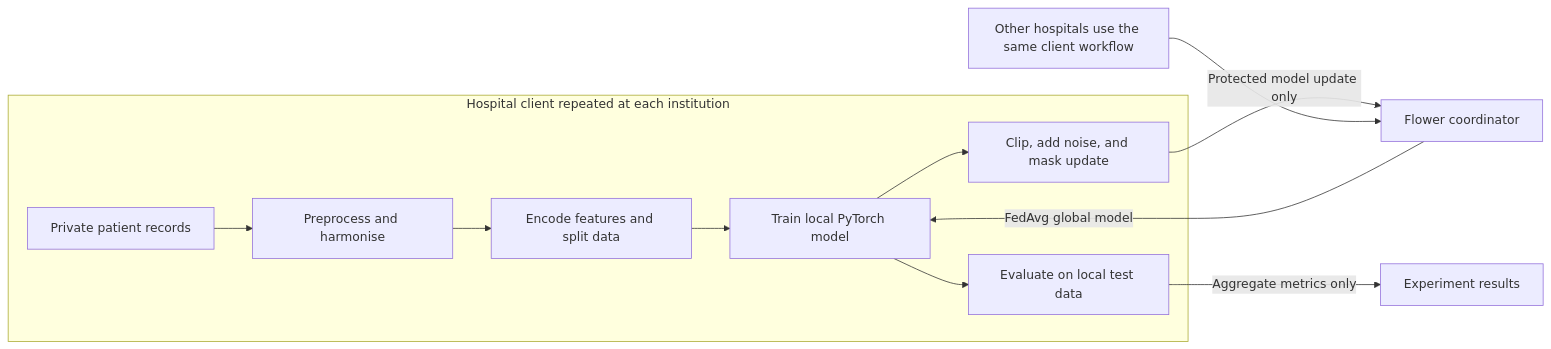
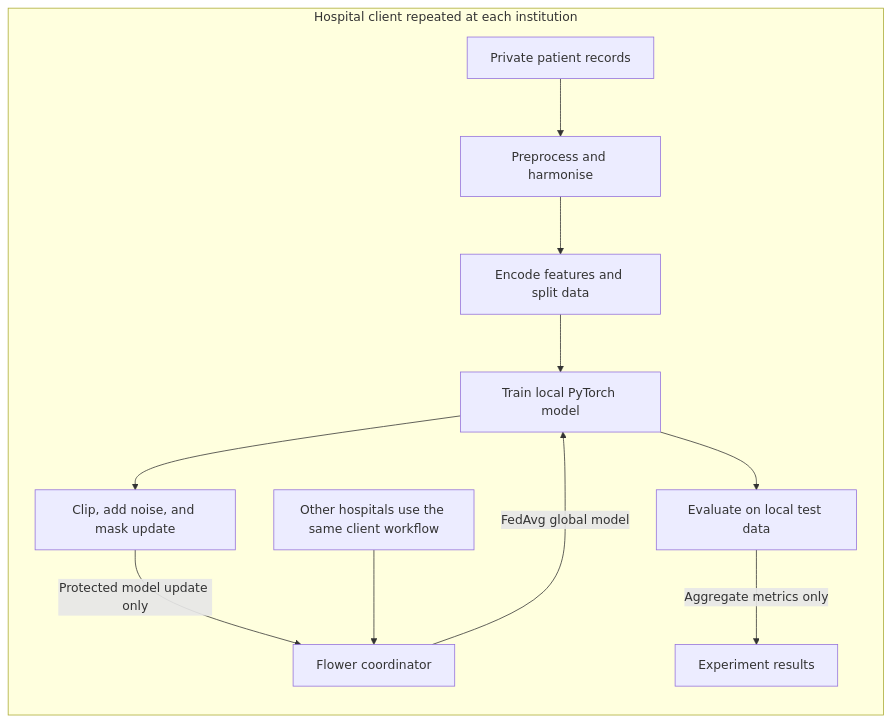
One commit to FrankSich/FedArg changed the first of 3 diagrams in README.md. Above: the diagram before and after it, drawn with Mermaid.

Commit message:
Update README architecture documentation

````diff
--- a/README.md
+++ b/README.md
@@ -35,14 +35,14 @@
 ```mermaid
 flowchart LR
 	subgraph H[Hospital client repeated at each institution]
 		A[Private patient records] --> B[Preprocess and harmonise]
 		B --> C[Encode features and split data]
 		C --> D[Train local PyTorch model]
 		D --> E[Clip, add noise, and mask update]
 		D --> F[Evaluate on local test data]
-	end
-	E -->|Protected model update only| S[Flower coordinator]
-	S -->|FedAvg global model| D
-	F -->|Aggregate metrics only| R[Experiment results]
-	K[Other hospitals use the same client workflow] --> S
+	    E -->|Protected model update only| S[Flower coordinator]
+	    S -->|FedAvg global model| D
+	    F -->|Aggregate metrics only| R[Experiment results]
+	    K[Other hospitals use the same client workflow] --> S
+    end
 ```
````
